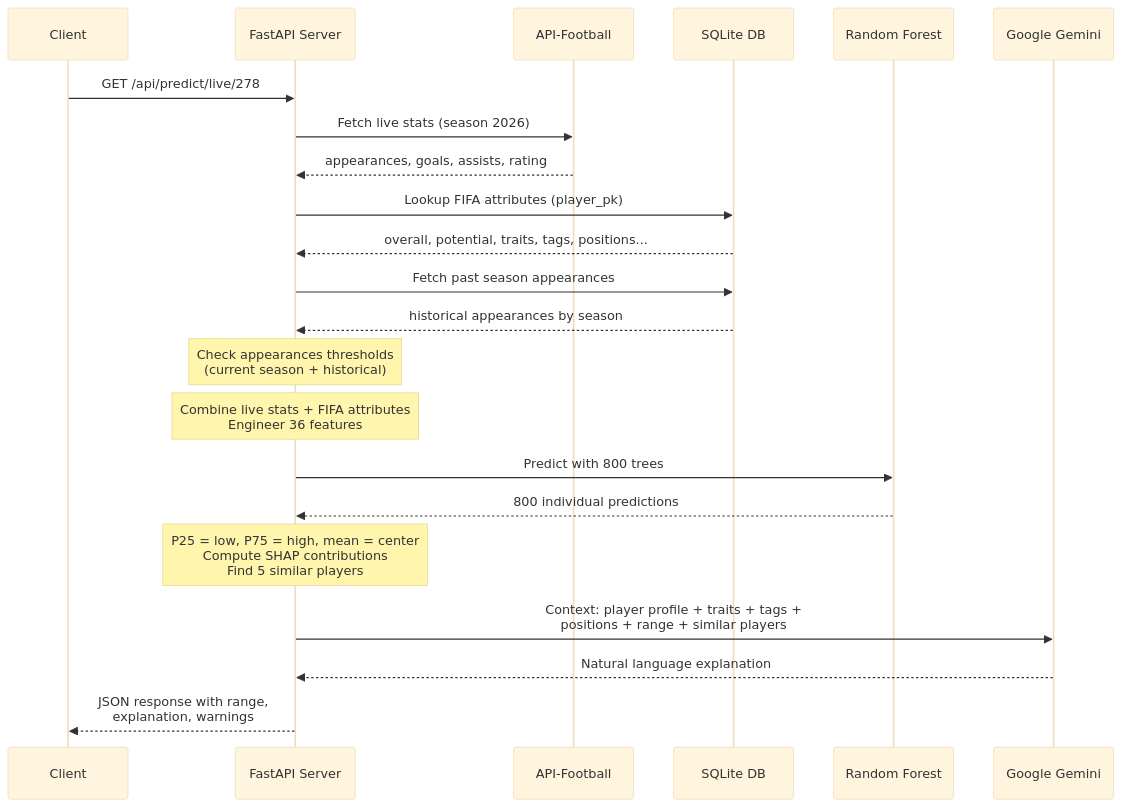
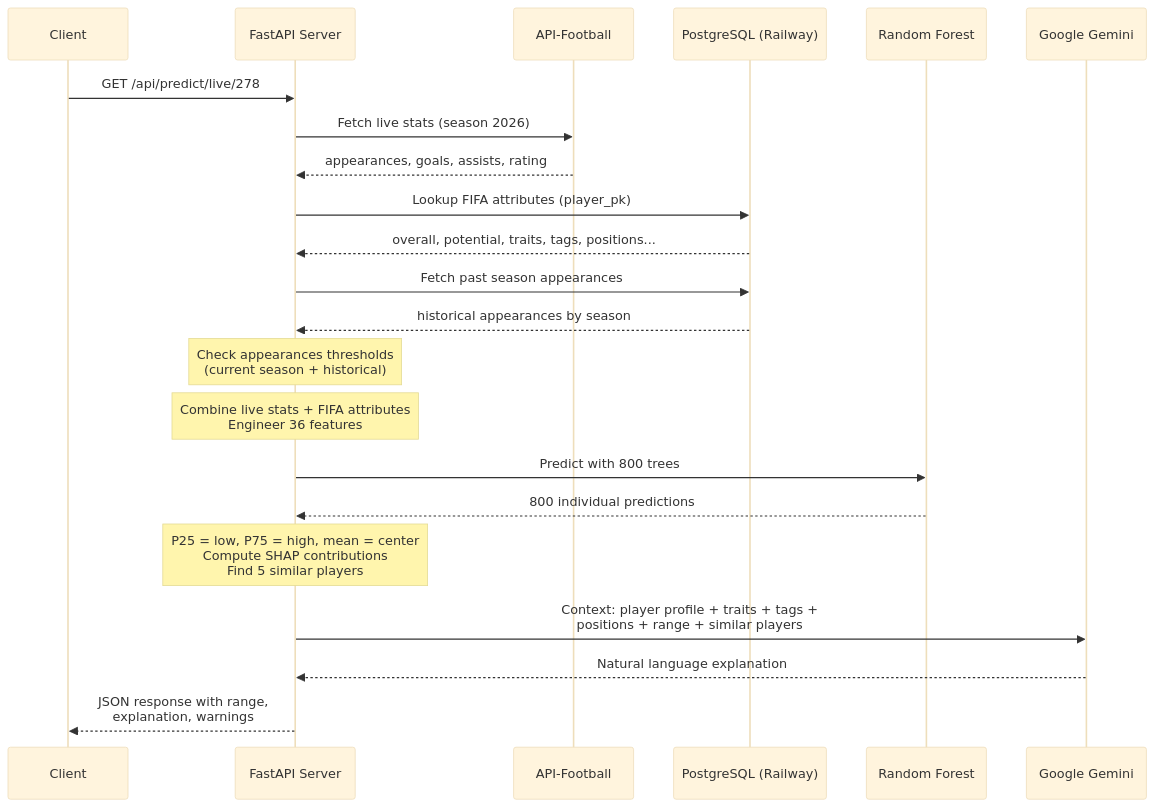
One commit to NagaseKoken/Senior-API-AI changed diagram 12 of 14 in README.md. Above: the diagram before and after it, drawn with Mermaid (base theme). The commit also changed other lines of this file and 6 other files, not shown here.

Commit message:
Update database configuration to use PostgreSQL and remove SQLite files

````diff
--- a/README.md
+++ b/README.md
@@ -589,34 +590,34 @@
 ```mermaid
 sequenceDiagram
     participant Client
     participant API as FastAPI Server
     participant APIF as API-Football
-    participant DB as SQLite DB
+    participant DB as PostgreSQL (Railway)
     participant RF as Random Forest
     participant LLM as Google Gemini
 
     Client->>API: GET /api/predict/live/278
     
     API->>APIF: Fetch live stats (season 2026)
     APIF-->>API: appearances, goals, assists, rating
 
     API->>DB: Lookup FIFA attributes (player_pk)
     DB-->>API: overall, potential, traits, tags, positions...
 
     API->>DB: Fetch past season appearances
     DB-->>API: historical appearances by season
 
     Note over API: Check appearances thresholds<br/>(current season + historical)
 
     Note over API: Combine live stats + FIFA attributes<br/>Engineer 36 features
 
     API->>RF: Predict with 800 trees
     RF-->>API: 800 individual predictions
 
     Note over API: P25 = low, P75 = high, mean = center<br/>Compute SHAP contributions<br/>Find 5 similar players
 
     API->>LLM: Context: player profile + traits + tags +<br/>positions + range + similar players
     LLM-->>API: Natural language explanation
 
     API-->>Client: JSON response with range,<br/>explanation, warnings
 ```
````
